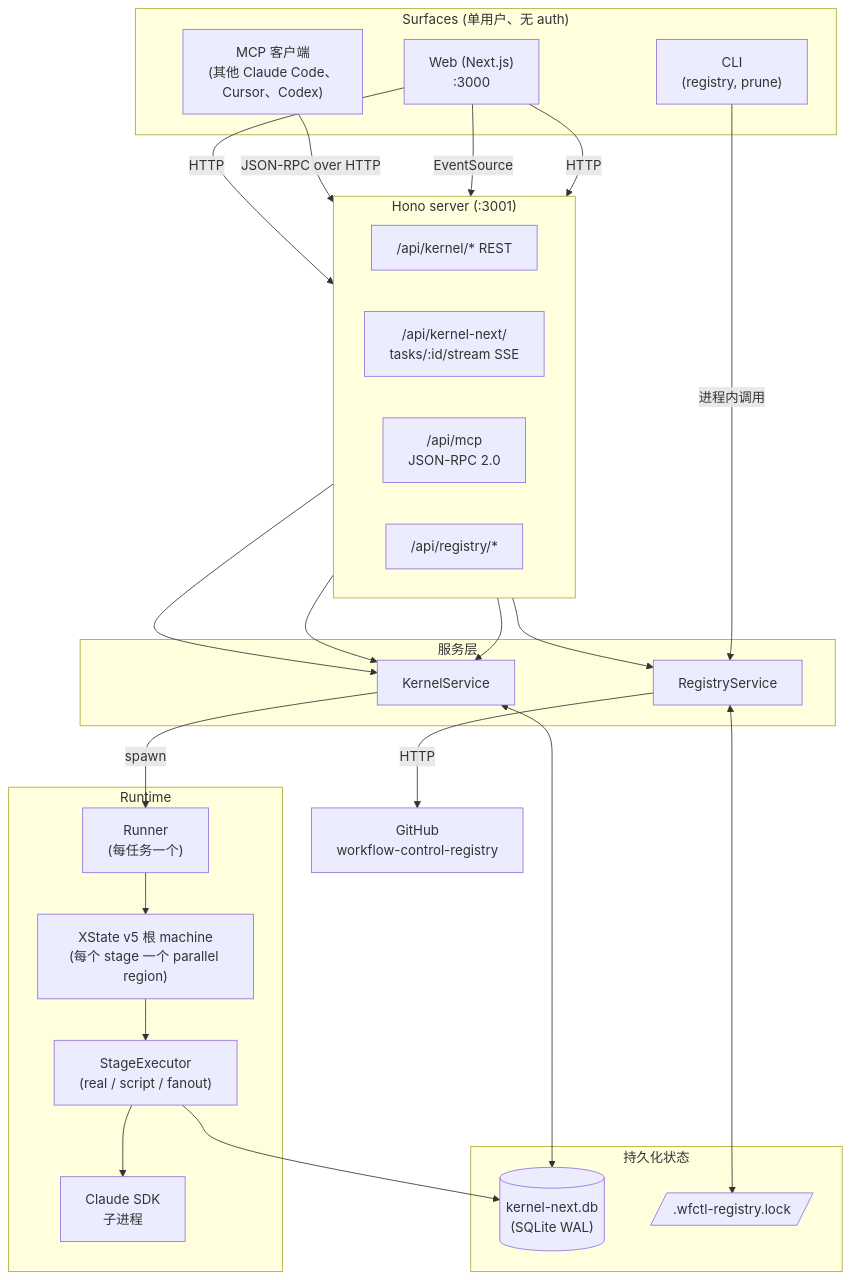
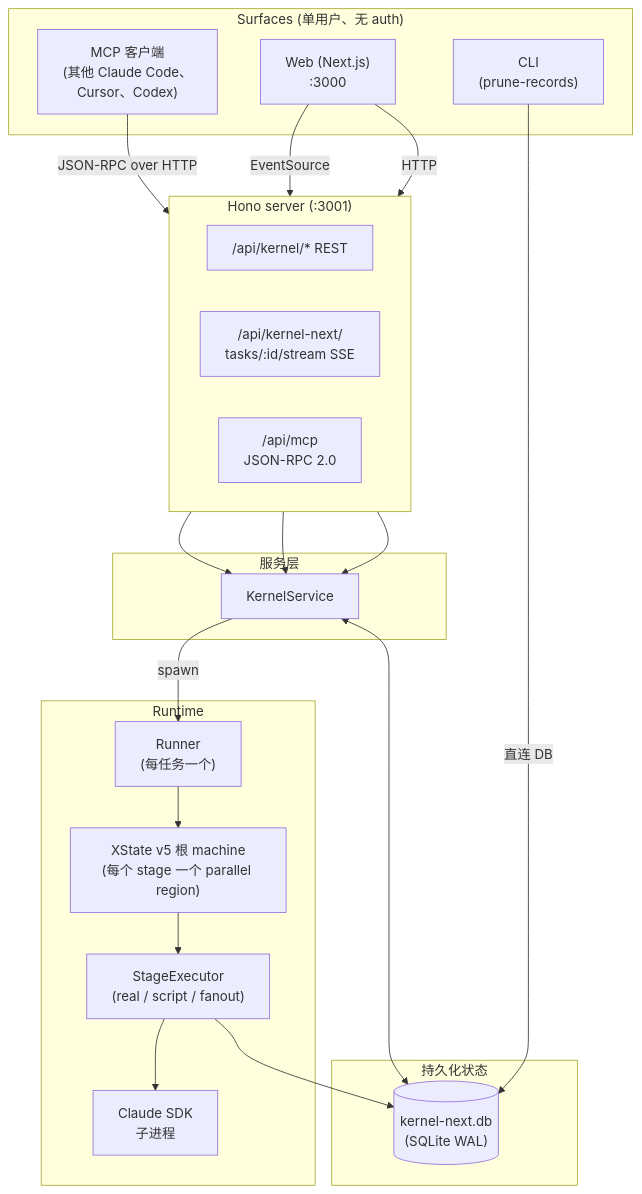
Before and after one commit to ymh357/workflow-control: the first of 14 diagrams in docs/whitepaper-visuals-zh.md, drawn with Mermaid. The commit also changed other lines of this file and 86 other files, not shown here.

````diff
--- a/docs/whitepaper-visuals-zh.md
+++ b/docs/whitepaper-visuals-zh.md
@@ -18,54 +18,46 @@
 ```mermaid
 flowchart TB
   subgraph SURFACES["Surfaces (单用户、无 auth)"]
     WEB["Web (Next.js)<br/>:3000"]
     MCP_CLIENT["MCP 客户端<br/>(其他 Claude Code、<br/>Cursor、Codex)"]
-    CLI["CLI<br/>(registry, prune)"]
+    CLI["CLI<br/>(prune-records)"]
   end
 
   subgraph HONO["Hono server (:3001)"]
     direction LR
     REST["/api/kernel/* REST"]
     SSE["/api/kernel-next/<br/>tasks/:id/stream SSE"]
     MCP_HTTP["/api/mcp<br/>JSON-RPC 2.0"]
-    REGAPI["/api/registry/*"]
   end
 
   subgraph CORE["服务层"]
     KSVC["KernelService"]
-    REGSVC["RegistryService"]
   end
 
   subgraph STATE["持久化状态"]
     DB[("kernel-next.db<br/>(SQLite WAL)")]
-    LOCK[/".wfctl-registry.lock"/]
   end
 
   subgraph RUNTIME["Runtime"]
     RUNNER["Runner<br/>(每任务一个)"]
     MACHINE["XState v5 根 machine<br/>(每个 stage 一个 parallel region)"]
     EXEC["StageExecutor<br/>(real / script / fanout)"]
     SDK["Claude SDK<br/>子进程"]
   end
 
   WEB -->|HTTP| REST
   WEB -->|EventSource| SSE
   MCP_CLIENT -->|JSON-RPC over HTTP| MCP_HTTP
-  CLI -->|进程内调用| REGSVC
-  WEB -->|HTTP| REGAPI
+  CLI -->|直连 DB| DB
 
   REST --> KSVC
   SSE --> KSVC
   MCP_HTTP --> KSVC
-  REGAPI --> REGSVC
 
   KSVC <--> DB
   KSVC -->|spawn| RUNNER
   RUNNER --> MACHINE
   MACHINE --> EXEC
   EXEC --> SDK
   EXEC --> DB
-
-  REGSVC <--> LOCK
-  REGSVC -->|HTTP| GH["GitHub<br/>workflow-control-registry"]
 ```
````
